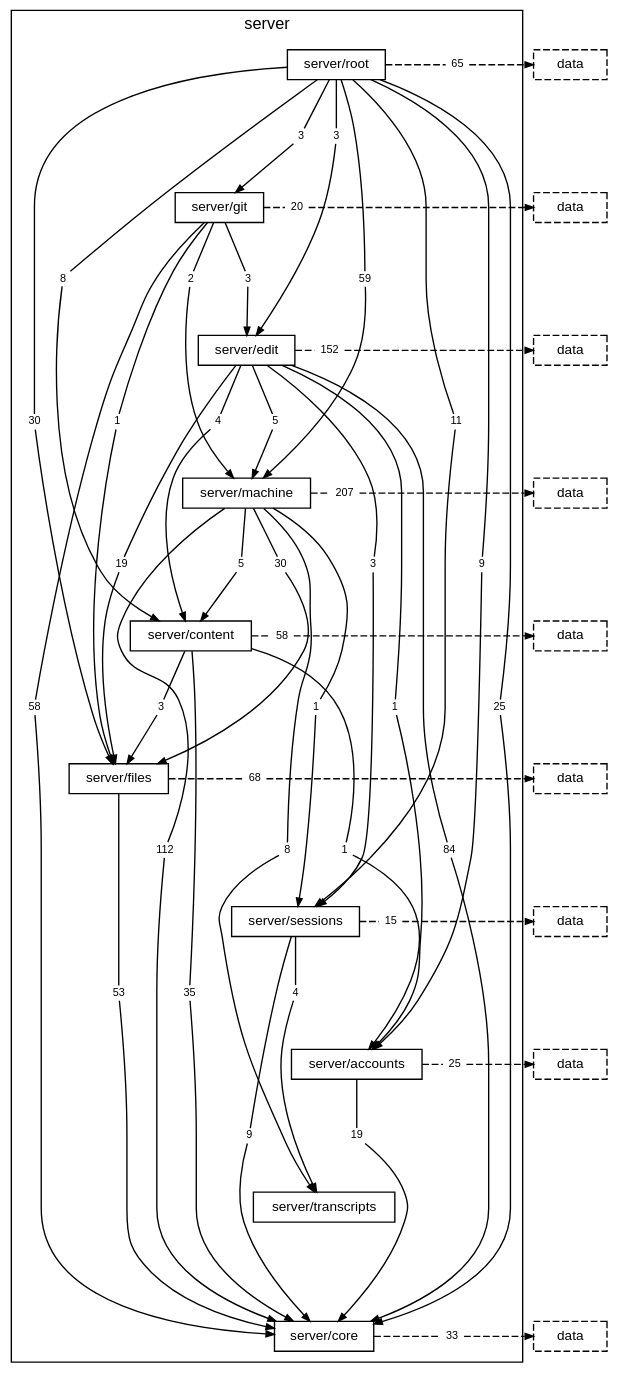
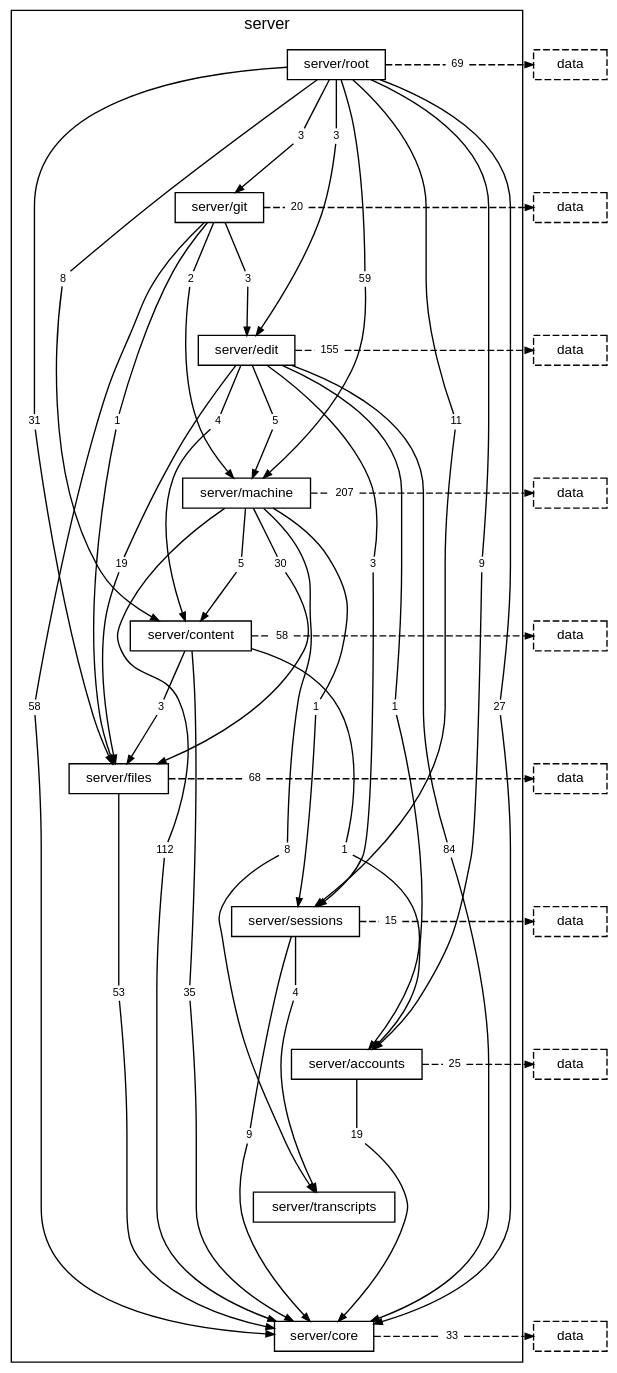
One commit to TheAxeC/oculus changed the diagram in docs/diagrams/layer-server.dot. Above: the diagram before and after it, drawn with Graphviz. The commit also changed 49 other files, not shown here.

```diff
--- a/docs/diagrams/layer-server.dot
+++ b/docs/diagrams/layer-server.dot
@@ -16,13 +16,13 @@
         "folder server/core" [label="server/core"];
         "folder server/root to folder server/accounts" [label="9", shape=box, color="transparent", fontsize=8, width=0, height=0, margin="0.04,0.02"];
         "folder server/root to folder server/content" [label="8", shape=box, color="transparent", fontsize=8, width=0, height=0, margin="0.04,0.02"];
-        "folder server/root to folder server/core" [label="25", shape=box, color="transparent", fontsize=8, width=0, height=0, margin="0.04,0.02"];
+        "folder server/root to folder server/core" [label="27", shape=box, color="transparent", fontsize=8, width=0, height=0, margin="0.04,0.02"];
         "folder server/root to folder server/edit" [label="3", shape=box, color="transparent", fontsize=8, width=0, height=0, margin="0.04,0.02"];
-        "folder server/root to folder server/files" [label="30", shape=box, color="transparent", fontsize=8, width=0, height=0, margin="0.04,0.02"];
+        "folder server/root to folder server/files" [label="31", shape=box, color="transparent", fontsize=8, width=0, height=0, margin="0.04,0.02"];
         "folder server/root to folder server/git" [label="3", shape=box, color="transparent", fontsize=8, width=0, height=0, margin="0.04,0.02"];
         "folder server/root to folder server/machine" [label="59", shape=box, color="transparent", fontsize=8, width=0, height=0, margin="0.04,0.02"];
         "folder server/root to folder server/sessions" [label="11", shape=box, color="transparent", fontsize=8, width=0, height=0, margin="0.04,0.02"];
-        "folder server/root to layer data" [label="65", shape=box, color="transparent", fontsize=8, width=0, height=0, margin="0.04,0.02"];
+        "folder server/root to layer data" [label="69", shape=box, color="transparent", fontsize=8, width=0, height=0, margin="0.04,0.02"];
         "folder server/git to folder server/core" [label="58", shape=box, color="transparent", fontsize=8, width=0, height=0, margin="0.04,0.02"];
         "folder server/git to folder server/edit" [label="3", shape=box, color="transparent", fontsize=8, width=0, height=0, margin="0.04,0.02"];
         "folder server/git to folder server/files" [label="1", shape=box, color="transparent", fontsize=8, width=0, height=0, margin="0.04,0.02"];
@@ -34,7 +34,7 @@
         "folder server/edit to folder server/files" [label="19", shape=box, color="transparent", fontsize=8, width=0, height=0, margin="0.04,0.02"];
         "folder server/edit to folder server/machine" [label="5", shape=box, color="transparent", fontsize=8, width=0, height=0, margin="0.04,0.02"];
         "folder server/edit to folder server/sessions" [label="3", shape=box, color="transparent", fontsize=8, width=0, height=0, margin="0.04,0.02"];
-        "folder server/edit to layer data" [label="152", shape=box, color="transparent", fontsize=8, width=0, height=0, margin="0.04,0.02"];
+        "folder server/edit to layer data" [label="155", shape=box, color="transparent", fontsize=8, width=0, height=0, margin="0.04,0.02"];
         "folder server/machine to folder server/content" [label="5", shape=box, color="transparent", fontsize=8, width=0, height=0, margin="0.04,0.02"];
         "folder server/machine to folder server/core" [label="112", shape=box, color="transparent", fontsize=8, width=0, height=0, margin="0.04,0.02"];
         "folder server/machine to folder server/files" [label="30", shape=box, color="transparent", fontsize=8, width=0, height=0, margin="0.04,0.02"];
```
